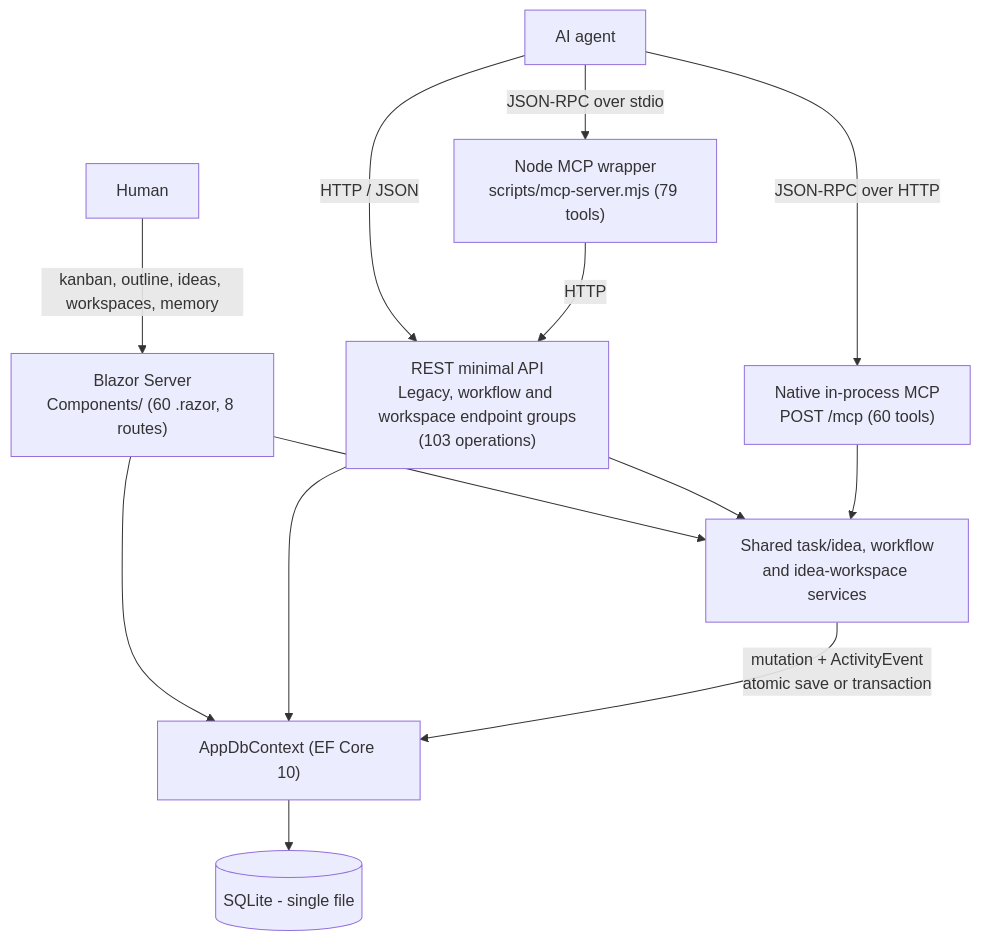
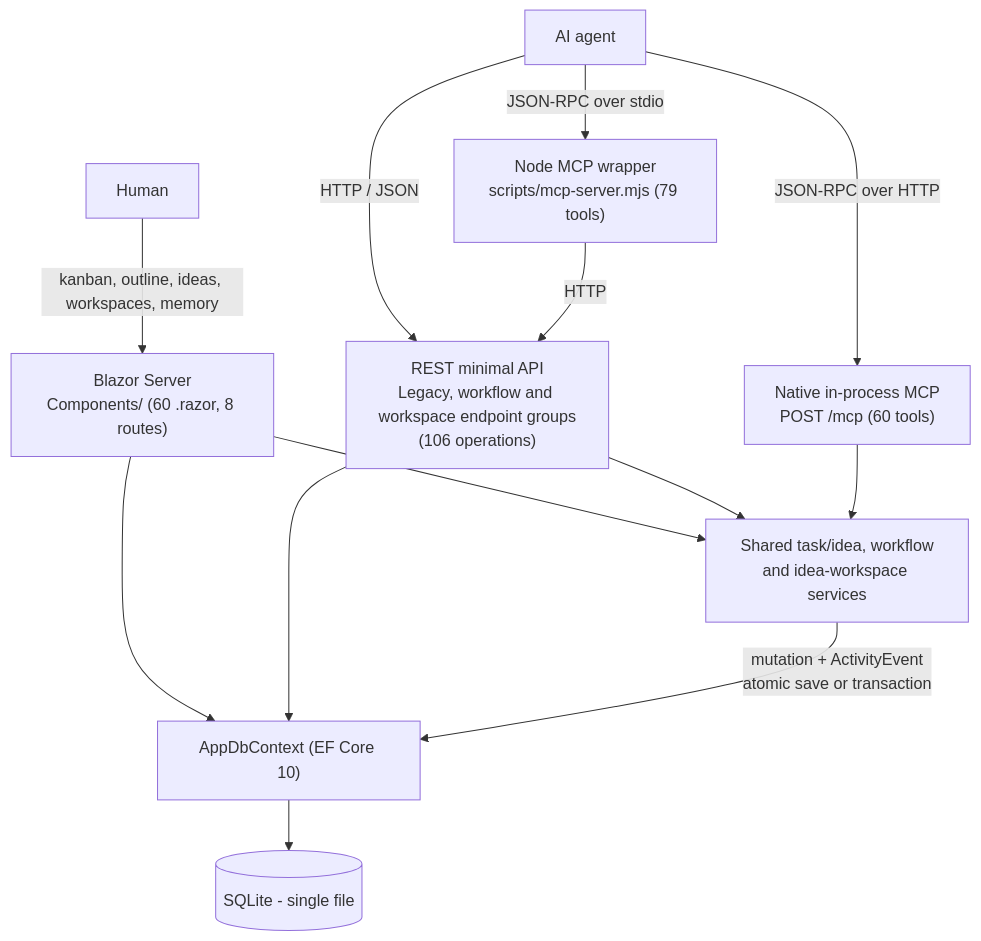
The first of 3 diagrams in docs/ARCHITECTURE.md (joelfuller2016/KanbanFlow-v2), drawn with Mermaid before and after one commit. The commit also changed other lines of this file and 4 other files, not shown here.

````diff
--- a/docs/ARCHITECTURE.md
+++ b/docs/ARCHITECTURE.md
@@ -39,17 +39,17 @@
 ```mermaid
 flowchart TD
     H["Human"] -->|"kanban, outline, ideas, workspaces, memory"| UI["Blazor Server<br/>Components/ (60 .razor, 8 routes)"]
     A["AI agent"] -->|"JSON-RPC over stdio"| NODE["Node MCP wrapper<br/>scripts/mcp-server.mjs (79 tools)"]
     A -->|"JSON-RPC over HTTP"| NATIVE["Native in-process MCP<br/>POST /mcp (60 tools)"]
-    A -->|"HTTP / JSON"| REST["REST minimal API<br/>Legacy, workflow and workspace endpoint groups<br/>(103 operations)"]
+    A -->|"HTTP / JSON"| REST["REST minimal API<br/>Legacy, workflow and workspace endpoint groups<br/>(106 operations)"]
     NODE -->|"HTTP"| REST
 
     UI --> EF
     UI --> SVC
     REST --> EF
     REST --> SVC
     NATIVE --> SVC["Shared task/idea, workflow<br/>and idea-workspace services"]
 
     SVC -->|"mutation + ActivityEvent<br/>atomic save or transaction"| EF["AppDbContext (EF Core 10)"]
     EF --> SQLITE[("SQLite - single file")]
 ```
````
